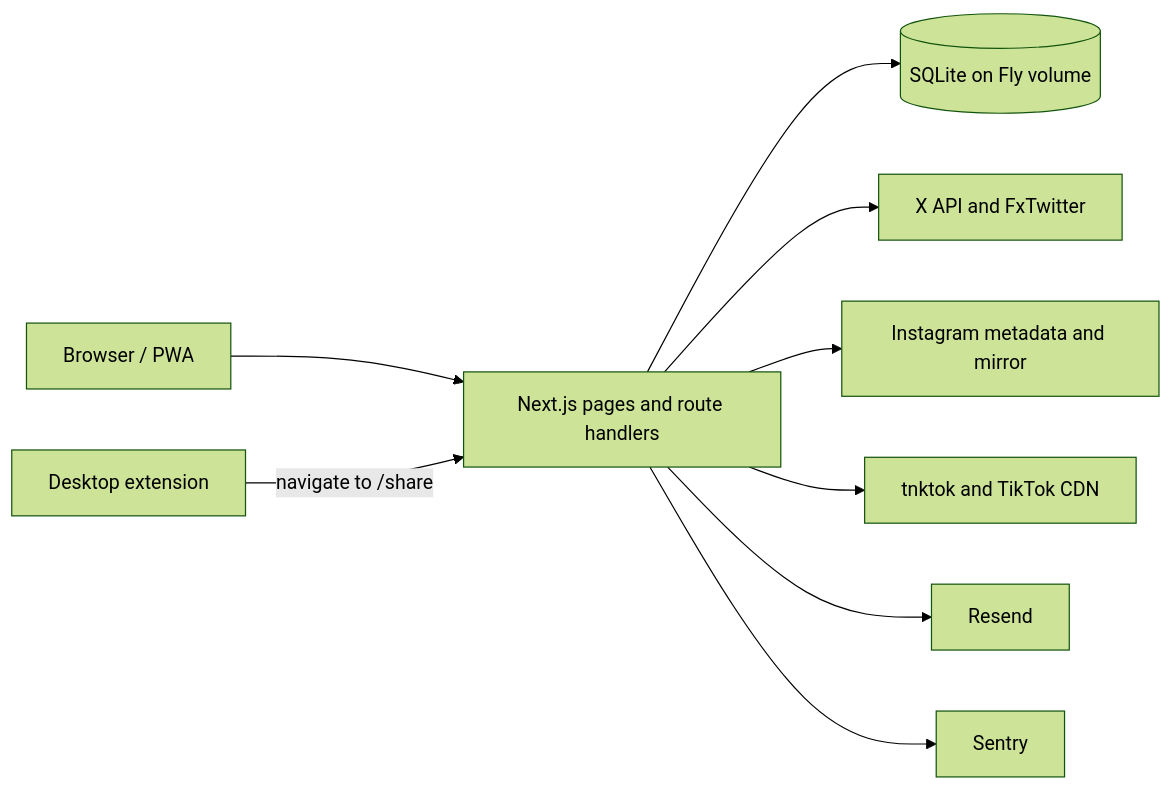
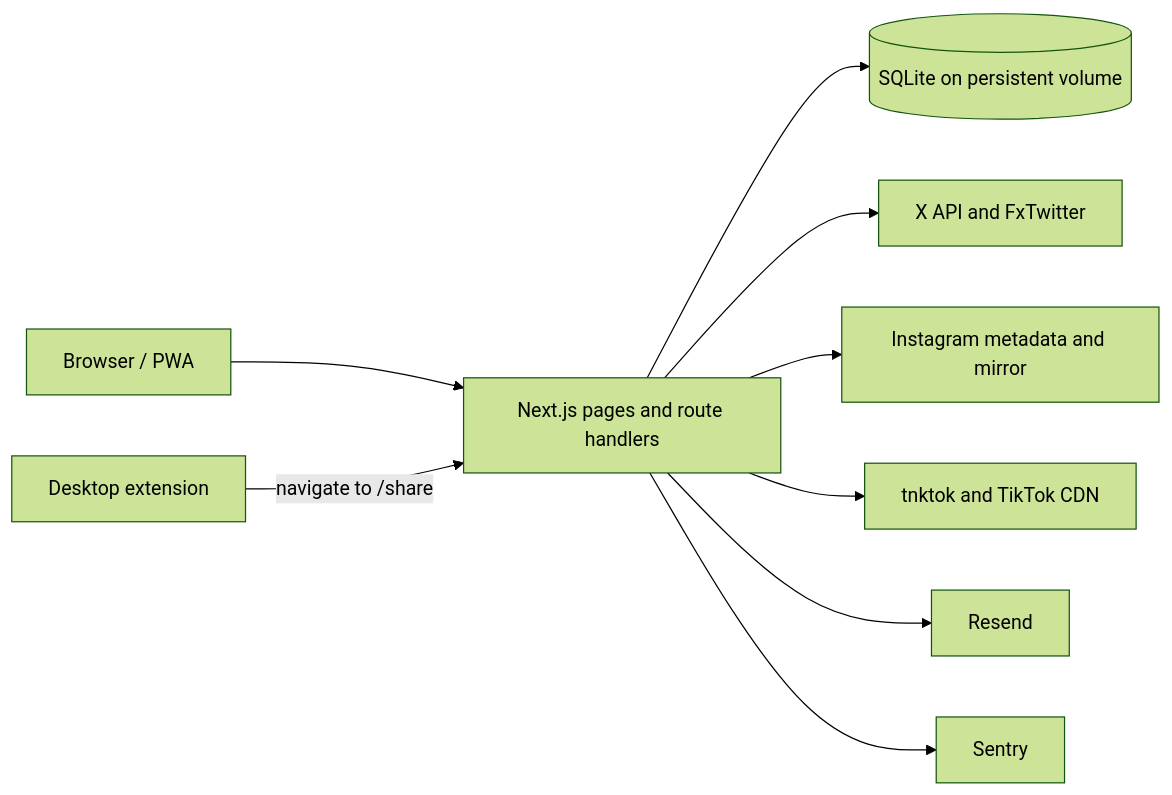
Before and after one commit to itsmemeworks/adhx: the first of 6 diagrams in ARCHITECTURE.md, drawn with Mermaid (forest theme). The commit also changed other lines of this file and 11 other files, not shown here.

````diff
--- a/ARCHITECTURE.md
+++ b/ARCHITECTURE.md
@@ -21,11 +32,11 @@
 ```mermaid
 flowchart LR
   B[Browser / PWA] --> N[Next.js pages and route handlers]
   E[Desktop extension] -->|navigate to /share| N
-  N --> D[(SQLite on Fly volume)]
+  N --> D[(SQLite on persistent volume)]
   N --> X[X API and FxTwitter]
   N --> I[Instagram metadata and mirror]
   N --> T[tnktok and TikTok CDN]
   N --> R[Resend]
   N --> S[Sentry]
 ```
````
